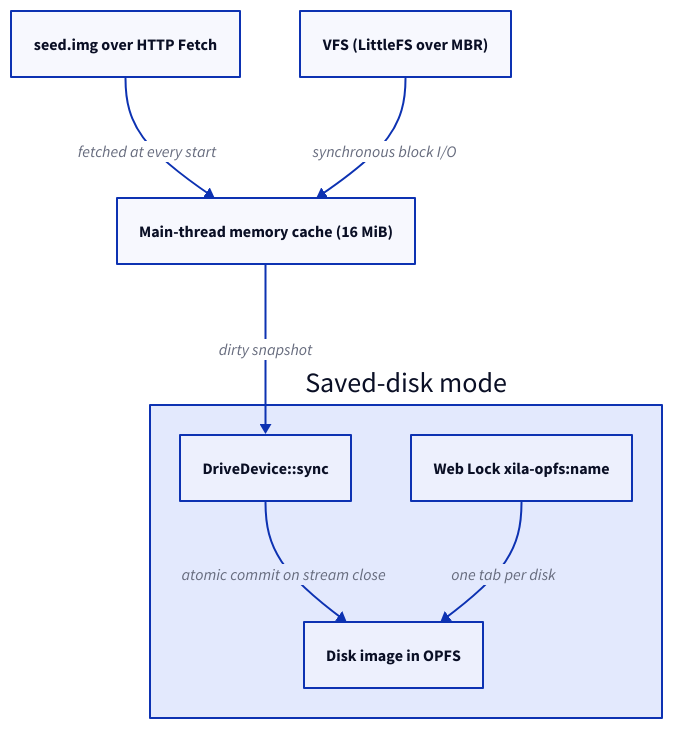
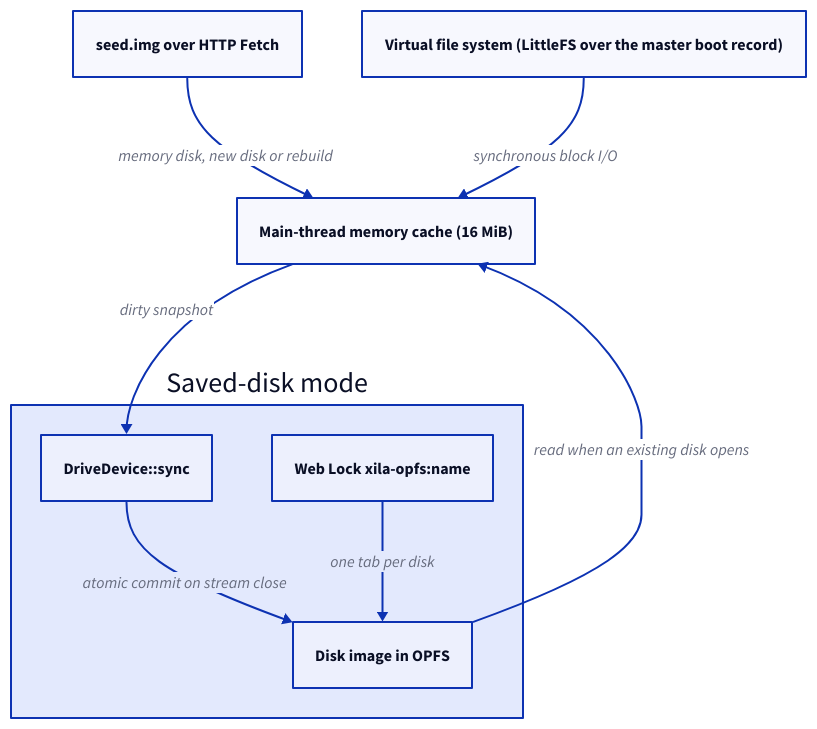
Before and after one commit to xila-project/website: the diagram in src/content/docs/explanation/browser-storage.mdx, drawn with D2. The commit also changed other lines of this file, not shown here.

````diff
--- a/src/content/docs/explanation/browser-storage.mdx
+++ b/src/content/docs/explanation/browser-storage.mdx
@@ -52,17 +52,18 @@
 ```d2 title="Browser storage data flow"
-vfs: VFS (LittleFS over MBR) { class: component }
+vfs: Virtual file system (LittleFS over the master boot record) { class: component }
 seed: seed.img over HTTP Fetch { class: io }
-cache: Main-thread memory cache (16 MiB) { class: focus }
+cache: Main-thread memory cache (16 MiB) { class: component }
 saved: Saved-disk mode {
   class: boundary
   commit: DriveDevice::sync { class: component }
   opfs: Disk image in OPFS { class: stored }
-  lock: "Web Lock xila-opfs:name" { class: key }
+  lock: "Web Lock xila-opfs:name" { class: component }
 }
 
-seed -> cache: fetched at every start
+seed -> cache: memory disk, new disk or rebuild
+saved.opfs -> cache: read when an existing disk opens
 vfs -> cache: synchronous block I/O
 cache -> saved.commit: dirty snapshot
 saved.commit -> saved.opfs: atomic commit on stream close
-saved.lock -> saved.opfs: one tab per disk { class: optional }
+saved.lock -> saved.opfs: one tab per disk
 ```
````
